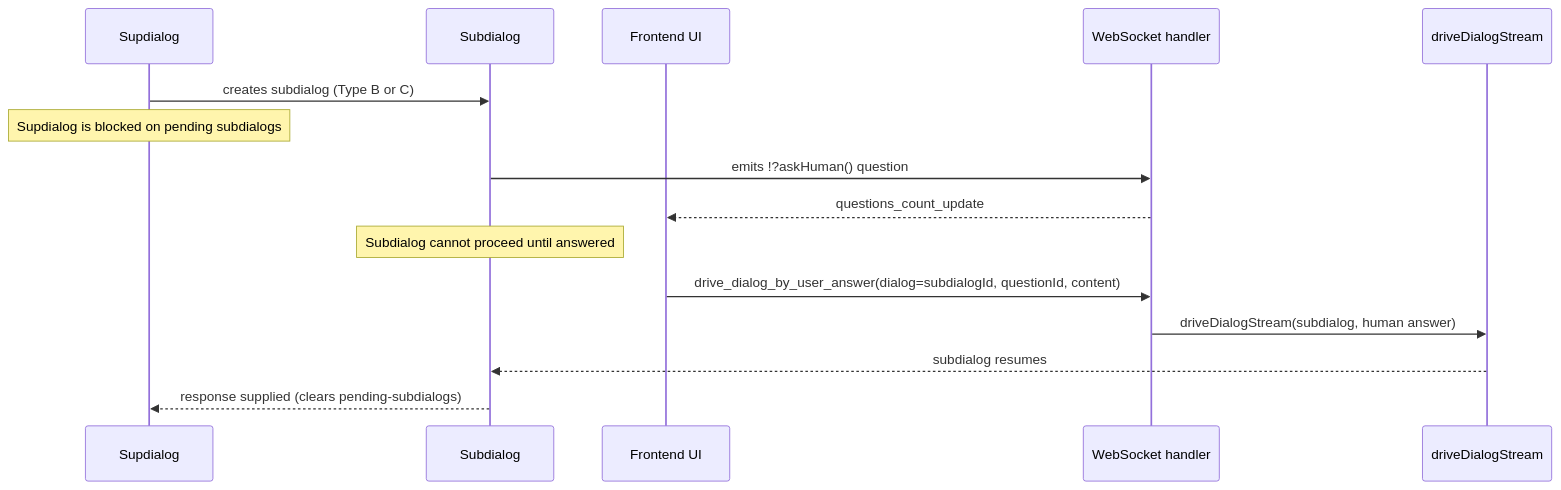
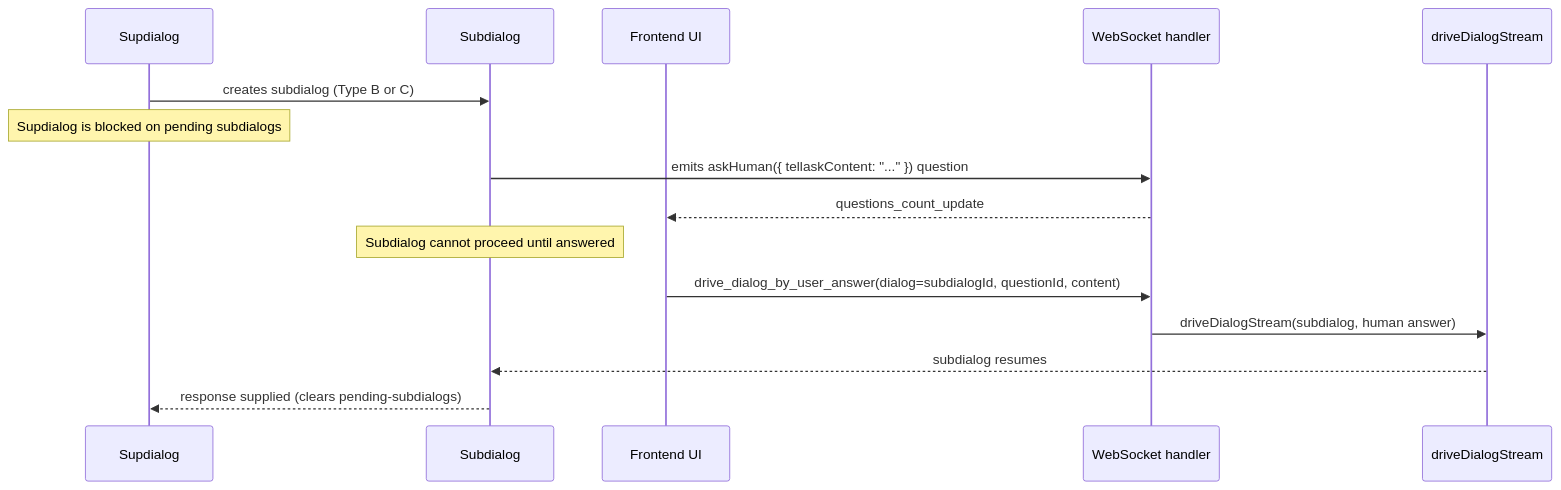
One commit to longrun-ai/dominds changed the fourth of 18 diagrams in docs/dialog-system.md. Above: the diagram before and after it, drawn with Mermaid. The commit also changed other lines of this file and 13 other files, not shown here.

````diff
--- a/docs/dialog-system.md
+++ b/docs/dialog-system.md
@@ -546,20 +569,20 @@
 ```mermaid
 sequenceDiagram
   participant Sup as Supdialog
   participant Sub as Subdialog
   participant UI as Frontend UI
   participant WS as WebSocket handler
   participant Driver as driveDialogStream
 
   Sup->>Sub: creates subdialog (Type B or C)
   Note over Sup: Supdialog is blocked on pending subdialogs
 
-  Sub->>WS: emits !?askHuman() question
+  Sub->>WS: emits askHuman({ tellaskContent: "..." }) question
   WS-->>UI: questions_count_update
   Note over Sub: Subdialog cannot proceed until answered
 
   UI->>WS: drive_dialog_by_user_answer(dialog=subdialogId, questionId, content)
   WS->>Driver: driveDialogStream(subdialog, human answer)
   Driver-->>Sub: subdialog resumes
   Sub-->>Sup: response supplied (clears pending-subdialogs)
 ```
````
